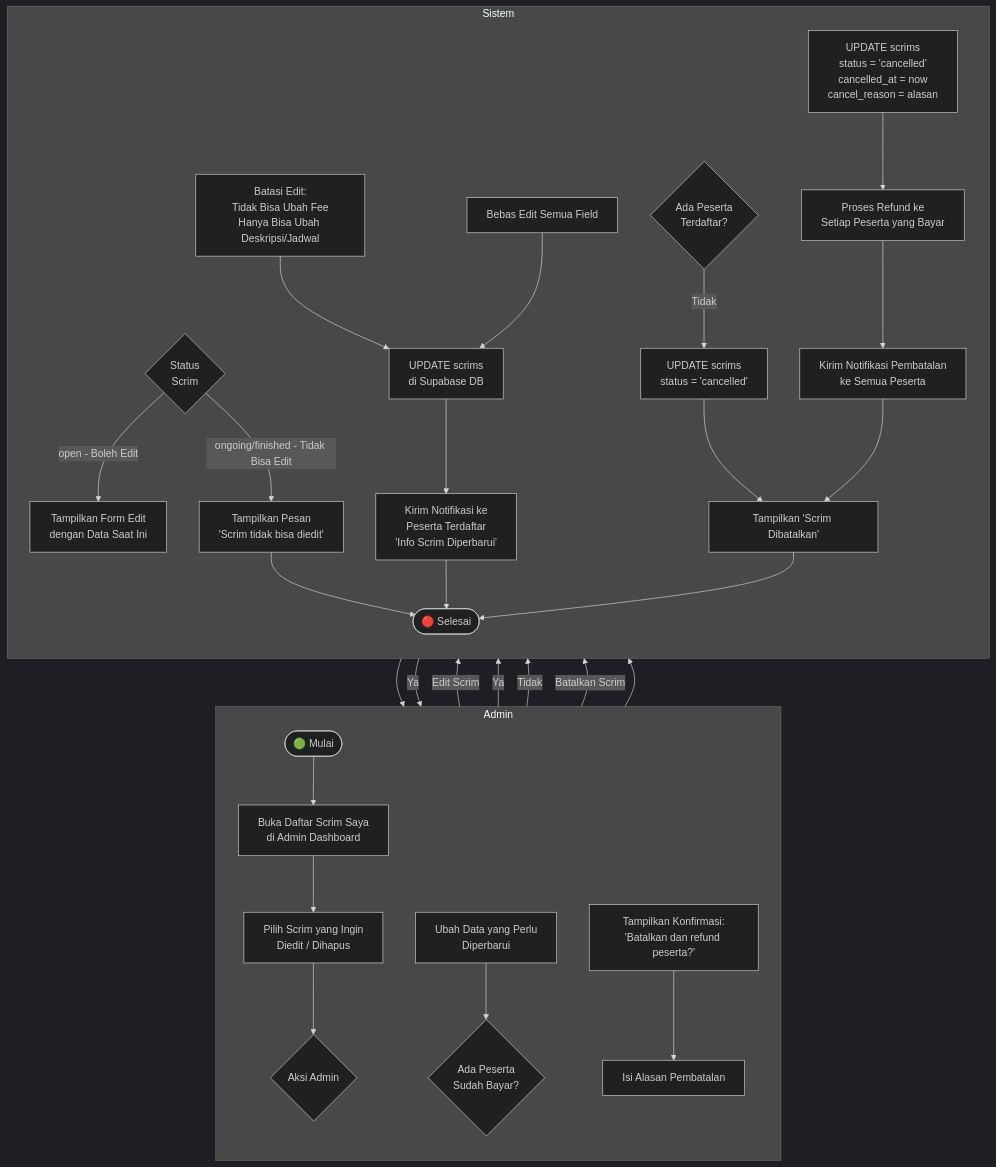
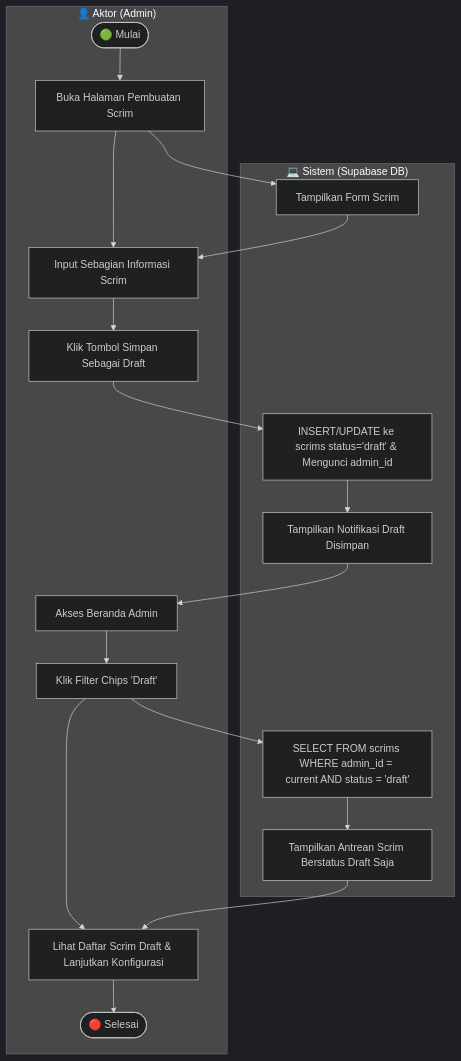
Before and after one commit to yosima050/booyahhub: diagram 15 of 43 in DOKUMENTASI.md, drawn with Mermaid (dark theme). The commit also changed other lines of this file, not shown here.

````diff
--- a/DOKUMENTASI.md
+++ b/DOKUMENTASI.md
@@ -692,31 +529,18 @@
 ```mermaid
 flowchart TD
-    subgraph Admin
-        direction TB
-        A([🟢 Mulai]) --> B[Buka Daftar Scrim Saya<br/>di Admin Dashboard]
-        B --> C[Pilih Scrim yang Ingin<br/>Diedit / Dihapus]
-        C --> D{Aksi Admin}
-        G[Ubah Data yang Perlu<br/>Diperbarui] --> H
-        P[Tampilkan Konfirmasi:<br/>'Batalkan dan refund peserta?'] --> Q[Isi Alasan Pembatalan]
+    subgraph Aktor ["👤 Aktor (Admin)"]
+        N1([🟢 Mulai]) --> N2[Buka Halaman Pembuatan Scrim]
+        N2 --> N3[Input Sebagian Informasi Scrim]
+        N3 --> N4[Klik Tombol Simpan Sebagai Draft]
+        N5[Akses Beranda Admin] --> N6[Klik Filter Chips 'Draft']
+        N6 --> N7[Lihat Daftar Scrim Draft & Lanjutkan Konfigurasi] --> N8([🔴 Selesai])
     end
 
-    subgraph Sistem
-        direction TB
-        D -->|Edit Scrim| E{Status<br/>Scrim}
-        E -->|open - Boleh Edit| F[Tampilkan Form Edit<br/>dengan Data Saat Ini]
-        F --> G
-        H{Ada Peserta<br/>Sudah Bayar?} -->|Ya| I[Batasi Edit:<br/>Tidak Bisa Ubah Fee<br/>Hanya Bisa Ubah Deskripsi/Jadwal]
-        H -->|Tidak| J[Bebas Edit Semua Field]
-        I & J --> K[UPDATE scrims<br/>di Supabase DB]
-        K --> L[Kirim Notifikasi ke<br/>Peserta Terdaftar<br/>'Info Scrim Diperbarui']
-        E -->|ongoing/finished - Tidak Bisa Edit| M[Tampilkan Pesan<br/>'Scrim tidak bisa diedit']
-        D -->|Batalkan Scrim| N{Ada Peserta<br/>Terdaftar?}
-        N -->|Tidak| O[UPDATE scrims<br/>status = 'cancelled']
-        N -->|Ya| P
-        Q --> R[UPDATE scrims<br/>status = 'cancelled'<br/>cancelled_at = now<br/>cancel_reason = alasan]
-        R --> S[Proses Refund ke<br/>Setiap Peserta yang Bayar]
-        S --> T[Kirim Notifikasi Pembatalan<br/>ke Semua Peserta]
-        O & T --> U[Tampilkan 'Scrim Dibatalkan']
-        L & M & U --> V([🔴 Selesai])
+    subgraph Sistem ["💻 Sistem (Supabase DB)"]
+        N2 --> S1[Tampilkan Form Scrim] --> N3
+        N4 --> S2[INSERT/UPDATE ke scrims status='draft' & Mengunci admin_id]
+        S2 --> S3[Tampilkan Notifikasi Draft Disimpan] --> N5
+        N6 --> S4[SELECT FROM scrims WHERE admin_id = current AND status = 'draft']
+        S4 --> S5[Tampilkan Antrean Scrim Berstatus Draft Saja] --> N7
     end
 ```
````
